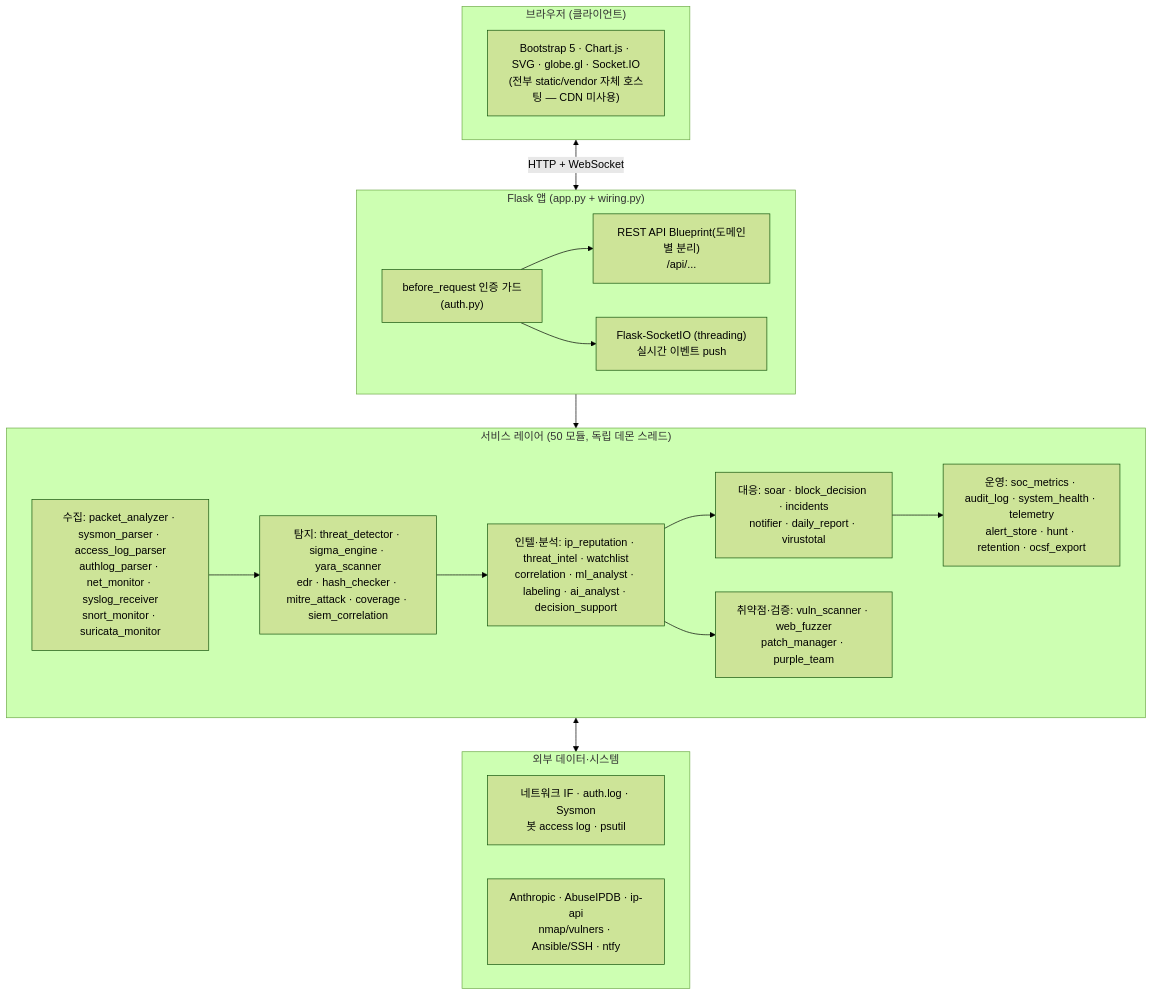
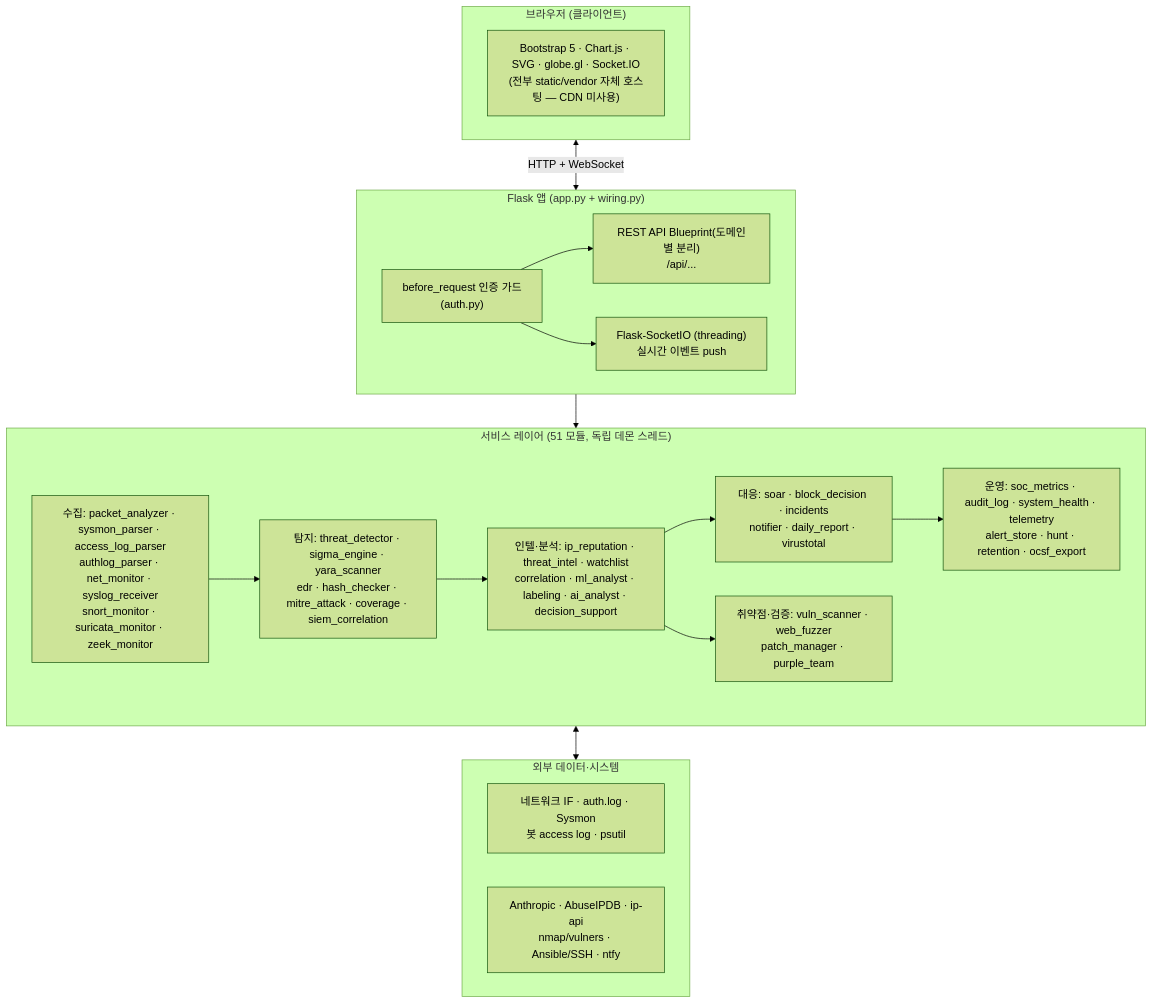
One commit to MintKangaroo/AI-SOC-DashBoard changed the first of 2 diagrams in docs/architecture.md. Above: the diagram before and after it, drawn with Mermaid (forest theme). The commit also changed other lines of this file and 21 other files, not shown here.

First line of the commit message:
연동: Zeek notice.log — notice 만 알림, JSON·TSV, 시간별 회전 추적

````diff
--- a/docs/architecture.md
+++ b/docs/architecture.md
@@ -5,30 +5,30 @@
 ```mermaid
 flowchart TB
   subgraph Client["브라우저 (클라이언트)"]
     UI["Bootstrap 5 · Chart.js · SVG · globe.gl · Socket.IO<br/>(전부 static/vendor 자체 호스팅 — CDN 미사용)"]
   end
   subgraph Flask["Flask 앱 (app.py + wiring.py)"]
     API["REST API Blueprint(도메인별 분리)<br/>/api/..."]
     WS["Flask-SocketIO (threading)<br/>실시간 이벤트 push"]
     AUTH["before_request 인증 가드<br/>(auth.py)"]
   end
-  subgraph Services["서비스 레이어 (50 모듈, 독립 데몬 스레드)"]
-    COLLECT["수집: packet_analyzer · sysmon_parser · access_log_parser<br/>authlog_parser · net_monitor · syslog_receiver<br/>snort_monitor · suricata_monitor"]
+  subgraph Services["서비스 레이어 (51 모듈, 독립 데몬 스레드)"]
+    COLLECT["수집: packet_analyzer · sysmon_parser · access_log_parser<br/>authlog_parser · net_monitor · syslog_receiver<br/>snort_monitor · suricata_monitor · zeek_monitor"]
     DETECT["탐지: threat_detector · sigma_engine · yara_scanner<br/>edr · hash_checker · mitre_attack · coverage · siem_correlation"]
     INTEL["인텔·분석: ip_reputation · threat_intel · watchlist<br/>correlation · ml_analyst · labeling · ai_analyst · decision_support"]
     RESPOND["대응: soar · block_decision · incidents<br/>notifier · daily_report · virustotal"]
     VULN["취약점·검증: vuln_scanner · web_fuzzer<br/>patch_manager · purple_team"]
     OPS["운영: soc_metrics · audit_log · system_health · telemetry<br/>alert_store · hunt · retention · ocsf_export"]
   end
   subgraph External["외부 데이터·시스템"]
     SRC["네트워크 IF · auth.log · Sysmon<br/>봇 access log · psutil"]
     APIS["Anthropic · AbuseIPDB · ip-api<br/>nmap/vulners · Ansible/SSH · ntfy"]
   end
   Client <-->|"HTTP + WebSocket"| Flask
   AUTH --> API & WS
   Flask --> Services
   COLLECT --> DETECT --> INTEL --> RESPOND
   INTEL --> VULN
   RESPOND --> OPS
   Services <--> External
 ```
````
